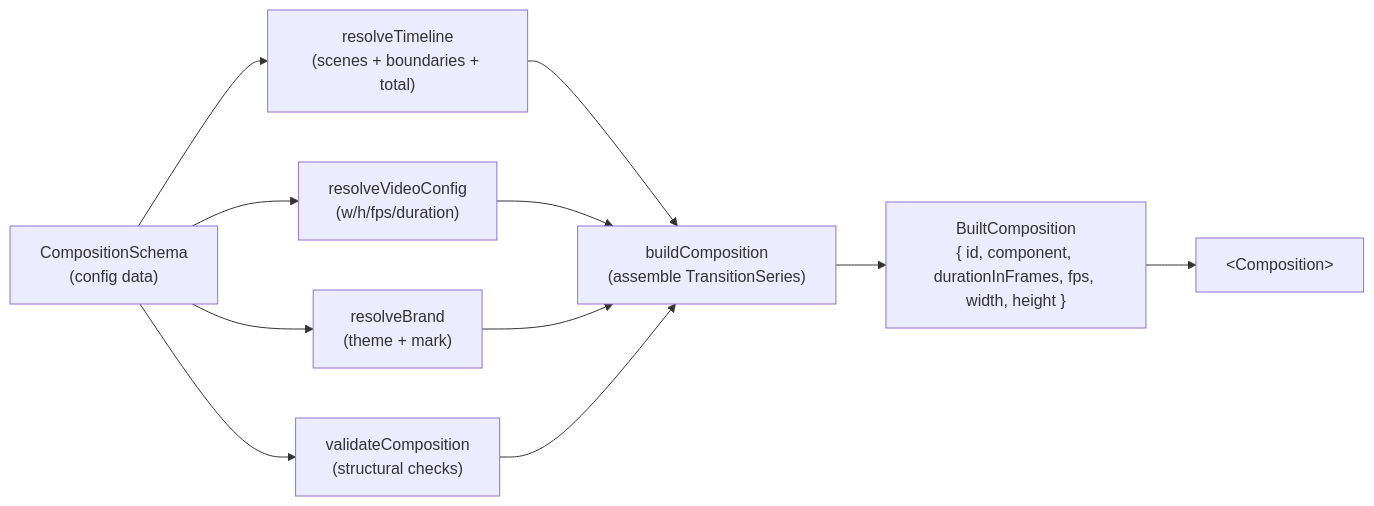
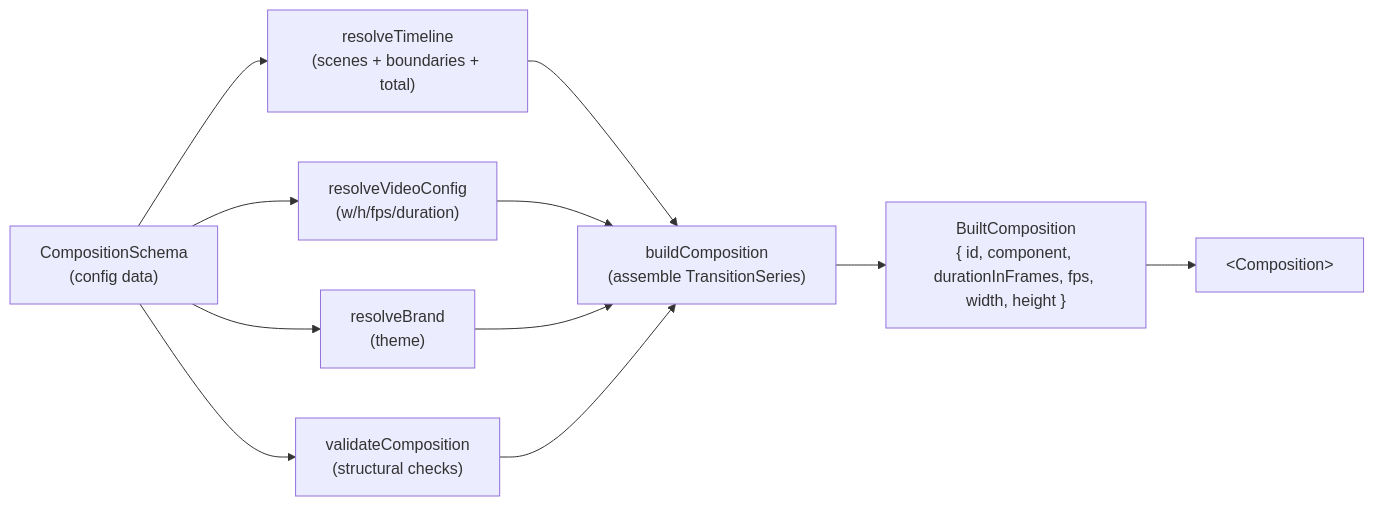
The diagram in docs/COMPOSITION_ENGINE.md (shanair77/shanairai-ai-studio), drawn with Mermaid before and after one commit. The commit also changed other lines of this file and 5 other files, not shown here.

````diff
--- a/docs/COMPOSITION_ENGINE.md
+++ b/docs/COMPOSITION_ENGINE.md
@@ -13,13 +13,13 @@
 ```mermaid
 flowchart LR
   CFG["CompositionSchema<br/>(config data)"] --> VAL["validateComposition<br/>(structural checks)"]
   CFG --> VID["resolveVideoConfig<br/>(w/h/fps/duration)"]
-  CFG --> BR["resolveBrand<br/>(theme + mark)"]
+  CFG --> BR["resolveBrand<br/>(theme)"]
   CFG --> TL["resolveTimeline<br/>(scenes + boundaries + total)"]
   TL --> BUILD["buildComposition<br/>(assemble TransitionSeries)"]
   VID --> BUILD
   BR --> BUILD
   VAL --> BUILD
   BUILD --> DESC["BuiltComposition<br/>{ id, component, durationInFrames, fps, width, height }"]
   DESC --> COMP["&lt;Composition&gt;"]
 ```
````
